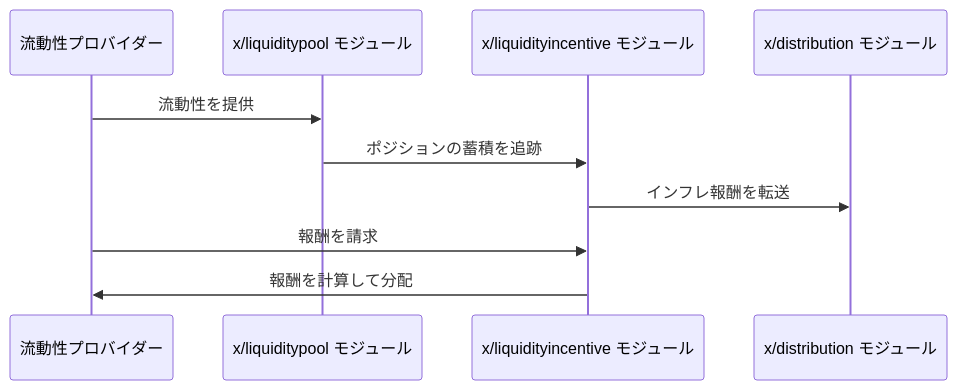
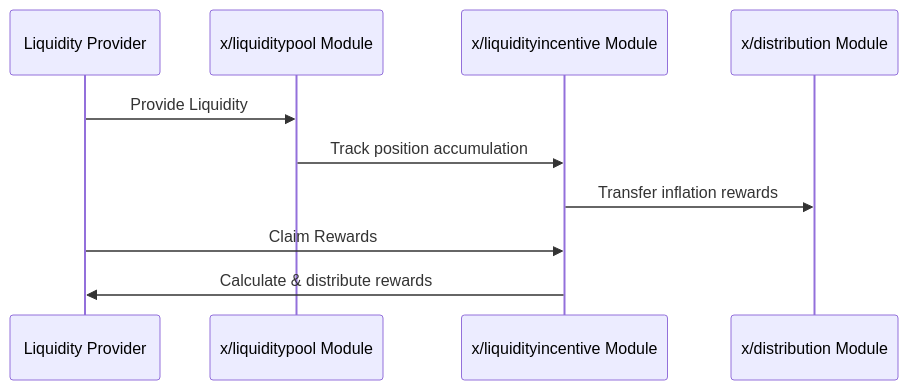
One commit to sunriselayer/gitbook changed the second of 2 diagrams in ja/learn/sunrise/liquidity-incentive/README.md. Above: the diagram before and after it, drawn with Mermaid. The commit also changed other lines of this file and 19 other files, not shown here.

````diff
--- a/ja/learn/sunrise/liquidity-incentive/README.md
+++ b/ja/learn/sunrise/liquidity-incentive/README.md
@@ -86,13 +86,13 @@
 ```mermaid
 sequenceDiagram
-    participant User as 流動性プロバイダー
-    participant LiquidityPool as x/liquiditypool モジュール
-    participant IncentiveModule as x/liquidityincentive モジュール
-    participant Distribution as x/distribution モジュール
+    participant User as Liquidity Provider
+    participant LiquidityPool as x/liquiditypool Module
+    participant IncentiveModule as x/liquidityincentive Module
+    participant Distribution as x/distribution Module
 
-    User->>LiquidityPool: 流動性を提供
-    LiquidityPool->>IncentiveModule: ポジションの蓄積を追跡
-    IncentiveModule->>Distribution: インフレ報酬を転送
-    User->>IncentiveModule: 報酬を請求
-    IncentiveModule->>User: 報酬を計算して分配
+    User->>LiquidityPool: Provide Liquidity
+    LiquidityPool->>IncentiveModule: Track position accumulation
+    IncentiveModule->>Distribution: Transfer inflation rewards
+    User->>IncentiveModule: Claim Rewards
+    IncentiveModule->>User: Calculate & distribute rewards
 ```
````
